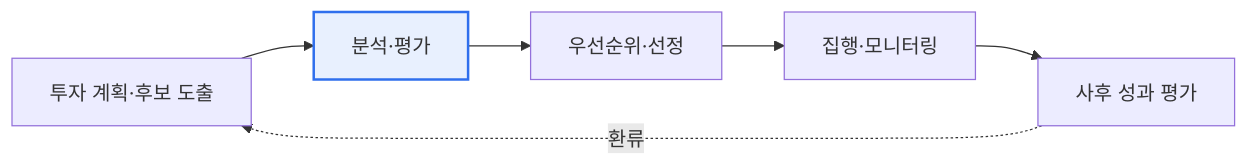
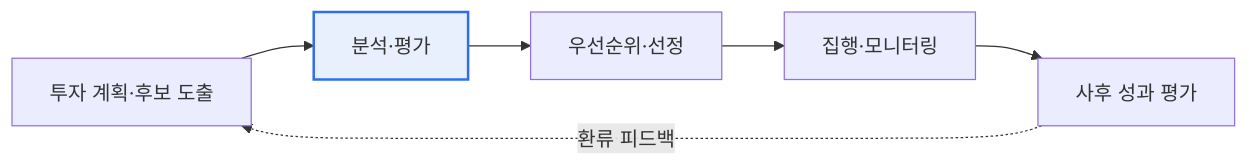
Before and after one commit to coninggu/wjdqhrhksflrltnftk: the first of 2 diagrams in content/it-investment-analysis.md, drawn with Mermaid. The commit also changed other lines of this file and 3 other files, not shown here.

````diff
--- a/content/it-investment-analysis.md
+++ b/content/it-investment-analysis.md
@@ -15,6 +19,9 @@
 ```mermaid
 flowchart LR
-  A[투자 계획·후보 도출] --> B[분석·평가] --> C[우선순위·선정] --> D[집행·모니터링] --> E[사후 성과 평가]
-  E -. 환류 .-> A
+  A["투자 계획·후보 도출"] --> B["분석·평가"]
+  B --> C["우선순위·선정"]
+  C --> D["집행·모니터링"]
+  D --> E["사후 성과 평가"]
+  E -. 환류 피드백 .-> A
   style B fill:#e8f0fe,stroke:#2f6fed,stroke-width:2px
 ```
````
